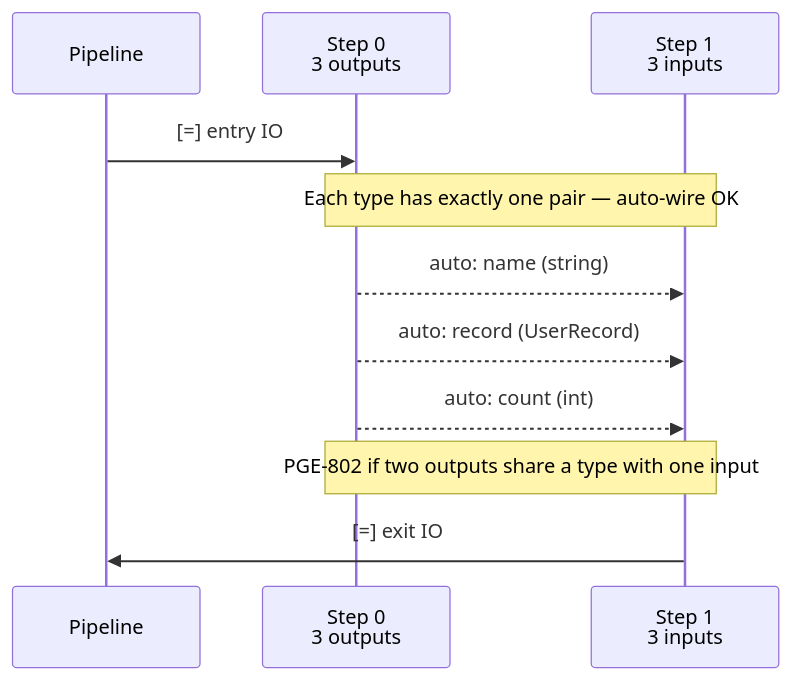
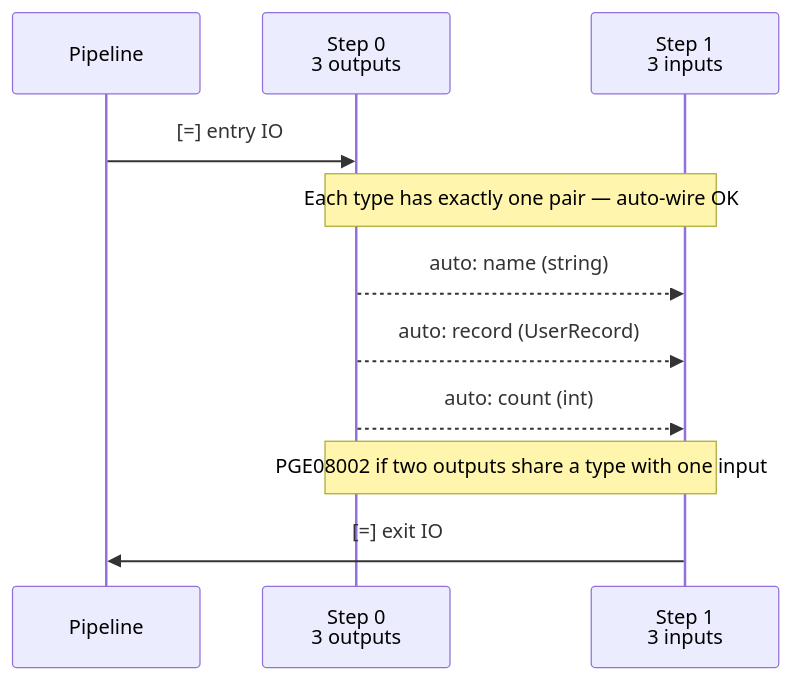
One commit to hasan-alj88/Polyglot changed the second of 2 diagrams in docs/user/concepts/pipelines/chains.md. Above: the diagram before and after it, drawn with Mermaid. The commit also changed other lines of this file and 358 other files, not shown here.

````diff
--- a/docs/user/concepts/pipelines/chains.md
+++ b/docs/user/concepts/pipelines/chains.md
@@ -77,14 +77,14 @@
 ```mermaid
 sequenceDiagram
     participant P as Pipeline
     participant S0 as Step 0<br/>3 outputs
     participant S1 as Step 1<br/>3 inputs
 
     P->>S0: [=] entry IO
     Note over S0,S1: Each type has exactly one pair — auto-wire OK
     S0-->>S1: auto: name (string)
     S0-->>S1: auto: record (UserRecord)
     S0-->>S1: auto: count (int)
-    Note over S0,S1: PGE-802 if two outputs share a type with one input
+    Note over S0,S1: PGE08002 if two outputs share a type with one input
     S1->>P: [=] exit IO
 ```
````
